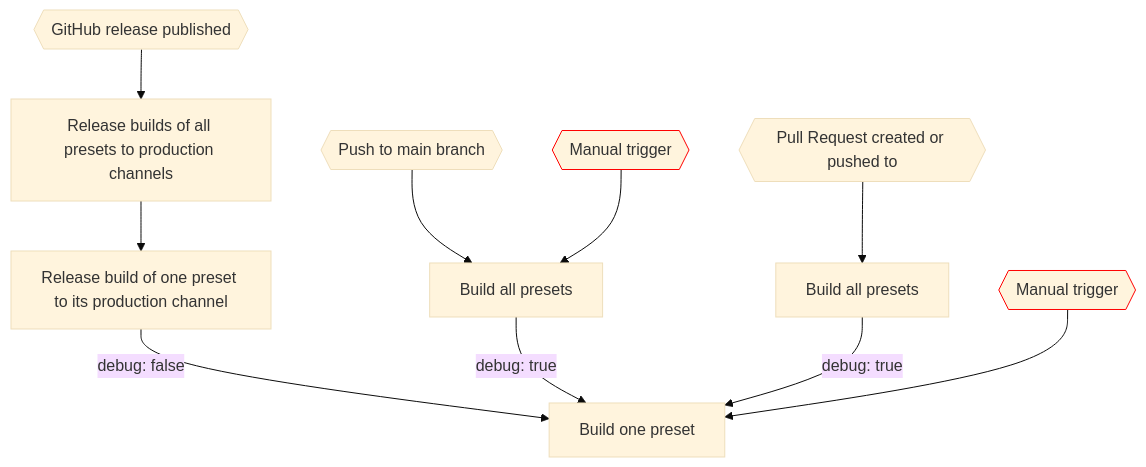
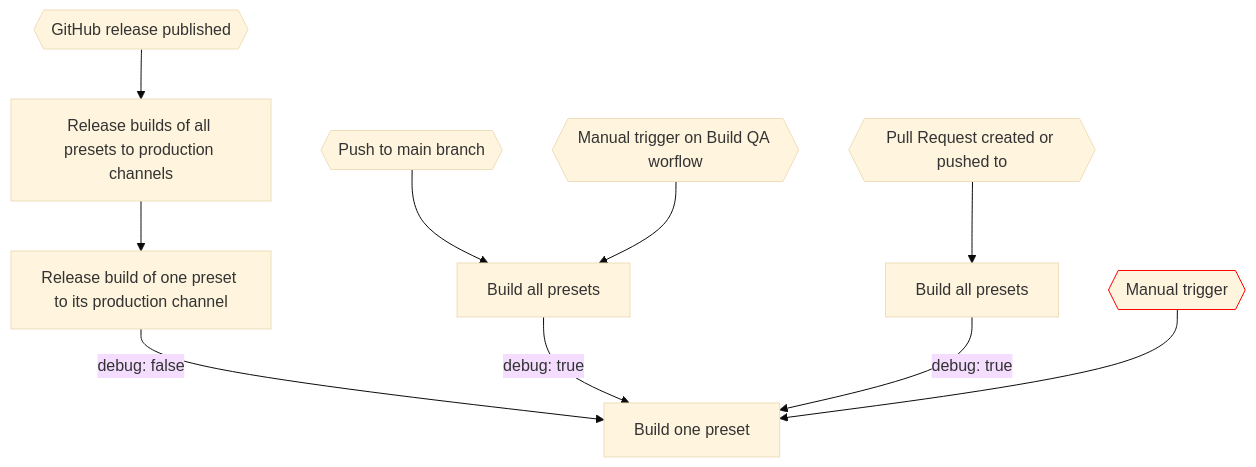
The diagram in README.md (shapeshiftingrabbits/godot-4-project-template), drawn with Mermaid (base theme) before and after one commit. The commit also changed other lines of this file, not shown here.

````diff
--- a/README.md
+++ b/README.md
@@ -43,29 +55,29 @@
 ```mermaid
 flowchart TB
     classDef todo stroke:#f00
     classDef in_progress stroke:#770
 
     github_release_trigger{{"GitHub release published"}}
     release_production_all["Release builds of all presets to production channels"]
     release_production_one["Release build of one preset to its production channel"]
 
-    release_qa_all_manual_trigger{{"Manual trigger"}}:::todo
+    release_qa_all_manual_trigger{{"Manual trigger on Build QA worflow"}}
     release_qa_all["Build all presets"]
 
     pull_request_trigger{{"Pull Request created or pushed to"}}
     main_branch_trigger{{"Push to main branch"}}
     build_all["Build all presets"]
 
     build_manual_trigger{{"Manual trigger"}}:::todo
     build_one["Build one preset"]
 
     release_production_all --> release_production_one -- debug: false --> build_one
     release_qa_all -- debug: true --> build_one
 
     github_release_trigger --> release_production_all
     main_branch_trigger --> release_qa_all
     release_qa_all_manual_trigger --> release_qa_all
     pull_request_trigger --> build_all
     build_all -- debug: true --> build_one
     build_manual_trigger --> build_one
 ```
````
